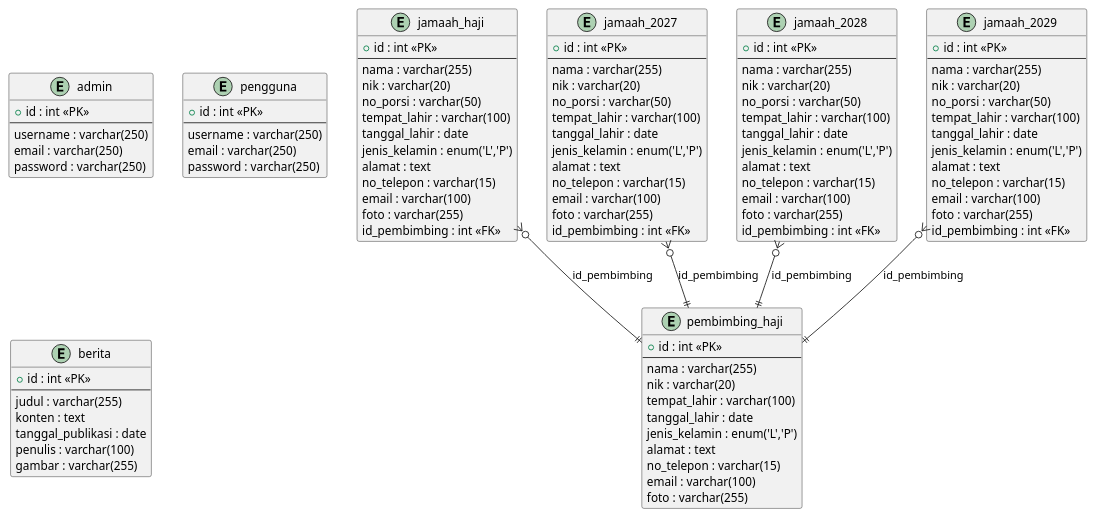
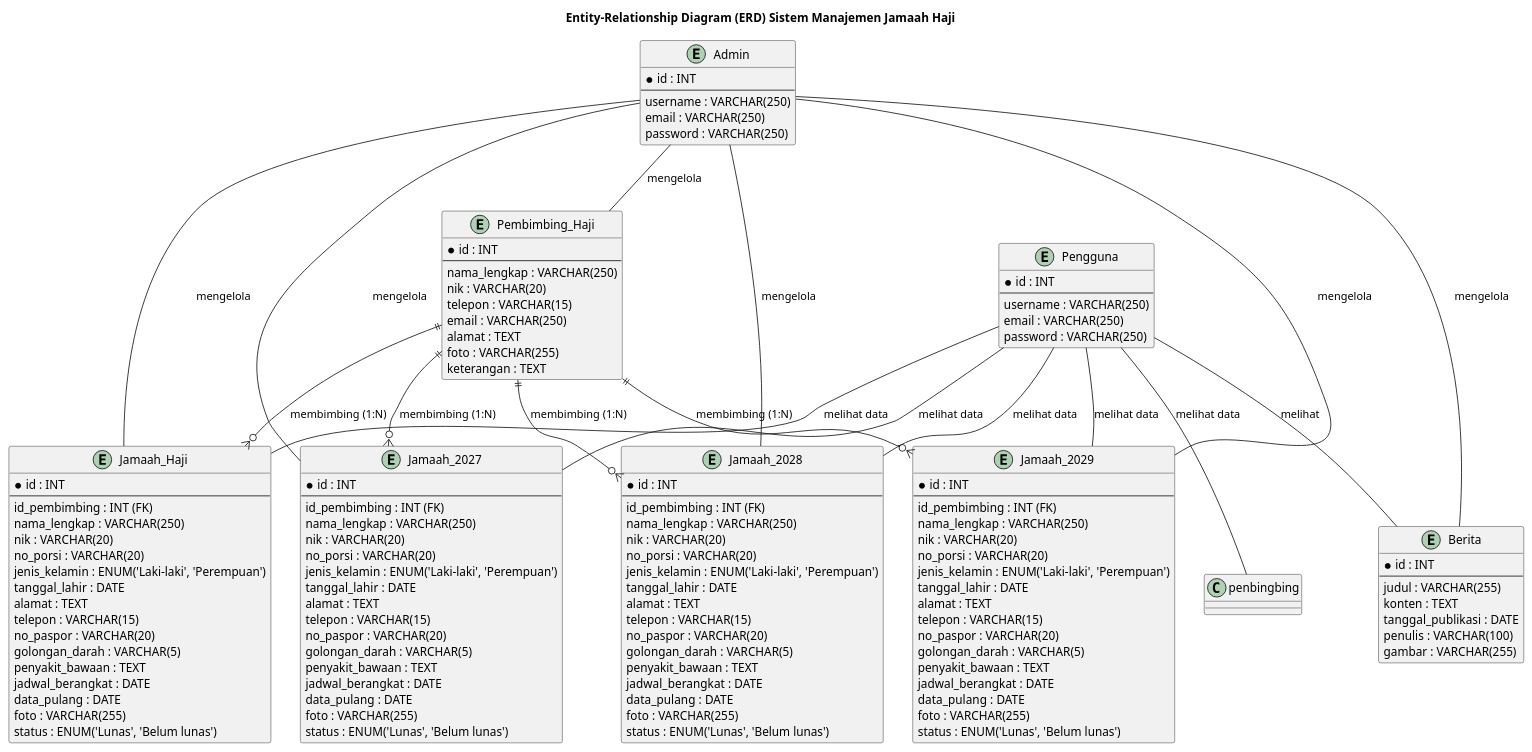
One commit to fauzirahayu/uzicom changed the diagram in erd_diagram.puml. Above: the diagram before and after it, drawn with PlantUML. The commit also changed other lines of this file and 15 other files, not shown here.

Commit message:
update diagrams & delete unused files

```diff
--- a/erd_diagram.puml
+++ b/erd_diagram.puml
@@ -1,112 +1,152 @@
-@startuml ERD - Sistem Informasi Jamaah Haji
+@startuml ERD Sistem Manajemen Jamaah Haji
 
-entity "admin" as admin {
-  + id : int <<PK>>
+title Entity-Relationship Diagram (ERD) Sistem Manajemen Jamaah Haji
+
+' Entitas Admin
+entity "Admin" as admin {
+  * id : INT
   --
-  username : varchar(250)
-  email : varchar(250)
-  password : varchar(250)
+  username : VARCHAR(250)
+  email : VARCHAR(250)
+  password : VARCHAR(250)
 }
 
-entity "pengguna" as pengguna {
-  + id : int <<PK>>
+' Entitas Pengguna
+entity "Pengguna" as pengguna {
+  * id : INT
   --
-  username : varchar(250)
-  email : varchar(250)
-  password : varchar(250)
+  username : VARCHAR(250)
+  email : VARCHAR(250)
+  password : VARCHAR(250)
 }
 
-entity "jamaah_haji" as jamaah_haji {
-  + id : int <<PK>>
+' Entitas Pembimbing Haji
+entity "Pembimbing_Haji" as pembimbing {
+  * id : INT
   --
-  nama : varchar(255)
-  nik : varchar(20)
-  no_porsi : varchar(50)
-  tempat_lahir : varchar(100)
-  tanggal_lahir : date
-  jenis_kelamin : enum('L','P')
-  alamat : text
-  no_telepon : varchar(15)
-  email : varchar(100)
-  foto : varchar(255)
-  id_pembimbing : int <<FK>>
+  nama_lengkap : VARCHAR(250)
+  nik : VARCHAR(20)
+  telepon : VARCHAR(15)
+  email : VARCHAR(250)
+  alamat : TEXT
+  foto : VARCHAR(255)
+  keterangan : TEXT
 }
 
-entity "jamaah_2027" as jamaah_2027 {
-  + id : int <<PK>>
+' Entitas Jamaah Haji (untuk tahun 2026)
+entity "Jamaah_Haji" as jamaah_haji {
+  * id : INT
   --
-  nama : varchar(255)
-  nik : varchar(20)
-  no_porsi : varchar(50)
-  tempat_lahir : varchar(100)
-  tanggal_lahir : date
-  jenis_kelamin : enum('L','P')
-  alamat : text
-  no_telepon : varchar(15)
-  email : varchar(100)
-  foto : varchar(255)
-  id_pembimbing : int <<FK>>
+  id_pembimbing : INT (FK)
+  nama_lengkap : VARCHAR(250)
+  nik : VARCHAR(20)
+  no_porsi : VARCHAR(20)
+  jenis_kelamin : ENUM('Laki-laki', 'Perempuan')
+  tanggal_lahir : DATE
+  alamat : TEXT
+  telepon : VARCHAR(15)
+  no_paspor : VARCHAR(20)
+  golongan_darah : VARCHAR(5)
+  penyakit_bawaan : TEXT
+  jadwal_berangkat : DATE
+  data_pulang : DATE
+  foto : VARCHAR(255)
+  status : ENUM('Lunas', 'Belum lunas')
 }
 
-entity "jamaah_2028" as jamaah_2028 {
-  + id : int <<PK>>
+' Entitas Jamaah 2027
+entity "Jamaah_2027" as jamaah_2027 {
+  * id : INT
   --
-  nama : varchar(255)
-  nik : varchar(20)
-  no_porsi : varchar(50)
-  tempat_lahir : varchar(100)
-  tanggal_lahir : date
-  jenis_kelamin : enum('L','P')
-  alamat : text
-  no_telepon : varchar(15)
-  email : varchar(100)
-  foto : varchar(255)
-  id_pembimbing : int <<FK>>
+  id_pembimbing : INT (FK)
+  nama_lengkap : VARCHAR(250)
+  nik : VARCHAR(20)
+  no_porsi : VARCHAR(20)
+  jenis_kelamin : ENUM('Laki-laki', 'Perempuan')
+  tanggal_lahir : DATE
+  alamat : TEXT
+  telepon : VARCHAR(15)
+  no_paspor : VARCHAR(20)
+  golongan_darah : VARCHAR(5)
+  penyakit_bawaan : TEXT
+  jadwal_berangkat : DATE
+  data_pulang : DATE
+  foto : VARCHAR(255)
+  status : ENUM('Lunas', 'Belum lunas')
 }
 
-entity "jamaah_2029" as jamaah_2029 {
-  + id : int <<PK>>
+' Entitas Jamaah 2028
+entity "Jamaah_2028" as jamaah_2028 {
+  * id : INT
   --
-  nama : varchar(255)
-  nik : varchar(20)
-  no_porsi : varchar(50)
-  tempat_lahir : varchar(100)
-  tanggal_lahir : date
-  jenis_kelamin : enum('L','P')
-  alamat : text
-  no_telepon : varchar(15)
-  email : varchar(100)
-  foto : varchar(255)
-  id_pembimbing : int <<FK>>
+  id_pembimbing : INT (FK)
+  nama_lengkap : VARCHAR(250)
+  nik : VARCHAR(20)
+  no_porsi : VARCHAR(20)
+  jenis_kelamin : ENUM('Laki-laki', 'Perempuan')
+  tanggal_lahir : DATE
+  alamat : TEXT
+  telepon : VARCHAR(15)
+  no_paspor : VARCHAR(20)
+  golongan_darah : VARCHAR(5)
+  penyakit_bawaan : TEXT
+  jadwal_berangkat : DATE
+  data_pulang : DATE
+  foto : VARCHAR(255)
+  status : ENUM('Lunas', 'Belum lunas')
 }
 
-entity "pembimbing_haji" as pembimbing_haji {
-  + id : int <<PK>>
+' Entitas Jamaah 2029
+entity "Jamaah_2029" as jamaah_2029 {
+  * id : INT
   --
-  nama : varchar(255)
-  nik : varchar(20)
-  tempat_lahir : varchar(100)
-  tanggal_lahir : date
-  jenis_kelamin : enum('L','P')
-  alamat : text
-  no_telepon : varchar(15)
-  email : varchar(100)
-  foto : varchar(255)
+  id_pembimbing : INT (FK)
+  nama_lengkap : VARCHAR(250)
+  nik : VARCHAR(20)
+  no_porsi : VARCHAR(20)
+  jenis_kelamin : ENUM('Laki-laki', 'Perempuan')
+  tanggal_lahir : DATE
+  alamat : TEXT
+  telepon : VARCHAR(15)
+  no_paspor : VARCHAR(20)
+  golongan_darah : VARCHAR(5)
+  penyakit_bawaan : TEXT
+  jadwal_berangkat : DATE
+  data_pulang : DATE
+  foto : VARCHAR(255)
+  status : ENUM('Lunas', 'Belum lunas')
 }
 
-entity "berita" as berita {
-  + id : int <<PK>>
+' Entitas Berita
+entity "Berita" as berita {
+  * id : INT
   --
-  judul : varchar(255)
-  konten : text
-  tanggal_publikasi : date
-  penulis : varchar(100)
-  gambar : varchar(255)
+  judul : VARCHAR(255)
+  konten : TEXT
+  tanggal_publikasi : DATE
+  penulis : VARCHAR(100)
+  gambar : VARCHAR(255)
 }
 
-jamaah_haji }o--|| pembimbing_haji : "id_pembimbing"
-jamaah_2027 }o--|| pembimbing_haji : "id_pembimbing"
-jamaah_2028 }o--|| pembimbing_haji : "id_pembimbing"
-jamaah_2029 }o--|| pembimbing_haji : "id_pembimbing"
+' Relasi
+pembimbing ||--o{ jamaah_haji : "membimbing (1:N)"
+pembimbing ||--o{ jamaah_2027 : "membimbing (1:N)"
+pembimbing ||--o{ jamaah_2028 : "membimbing (1:N)"
+pembimbing ||--o{ jamaah_2029 : "membimbing (1:N)"
+
+admin -- berita : "mengelola"
+admin -- pembimbing : "mengelola"
+admin -- jamaah_haji : "mengelola"
+admin -- jamaah_2027 : "mengelola"
+admin -- jamaah_2028 : "mengelola"
+admin -- jamaah_2029 : "mengelola"
+
+' Pengguna melihat berita dan melihat data jamaah (relasi tidak langsung)
+pengguna -- berita : "melihat"
+pengguna -- jamaah_haji : "melihat data"
+pengguna -- jamaah_2027 : "melihat data"
+pengguna -- jamaah_2028 : "melihat data"
+pengguna -- jamaah_2029 : "melihat data"
+pengguna -- penbingbing : "melihat data"
 
 @enduml
```
